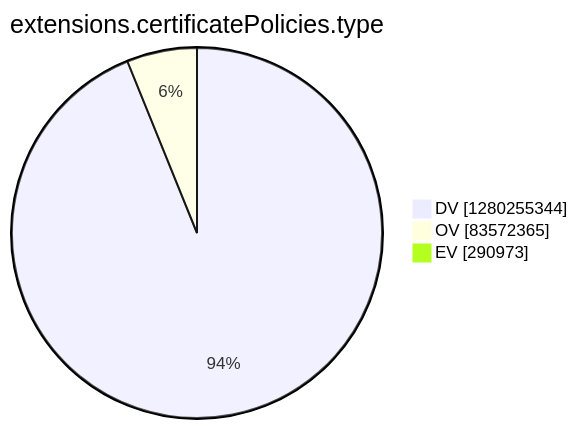
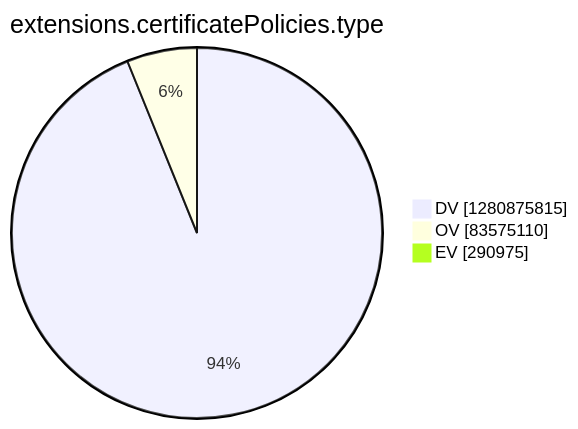
One commit to christiankrug/ctmonitor_visualization changed the tenth of 15 diagrams in argon2022/README.md. Above: the diagram before and after it, drawn with Mermaid. The commit also changed other lines of this file, not shown here.

````diff
--- a/argon2022/README.md
+++ b/argon2022/README.md
@@ -2771,7 +2771,7 @@
 ```mermaid
 pie showData
 title extensions.certificatePolicies.type
-"DV" :1280255344
-"OV" :83572365
-"EV" :290973
+"DV" :1280875815
+"OV" :83575110
+"EV" :290975
 ```
````
